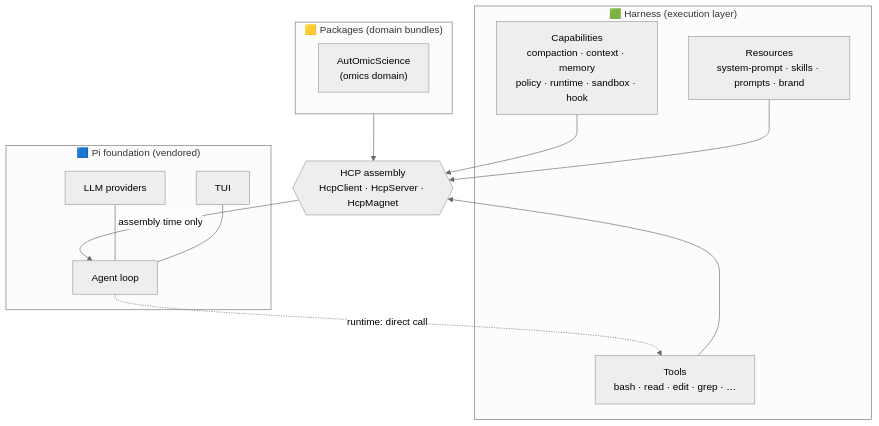
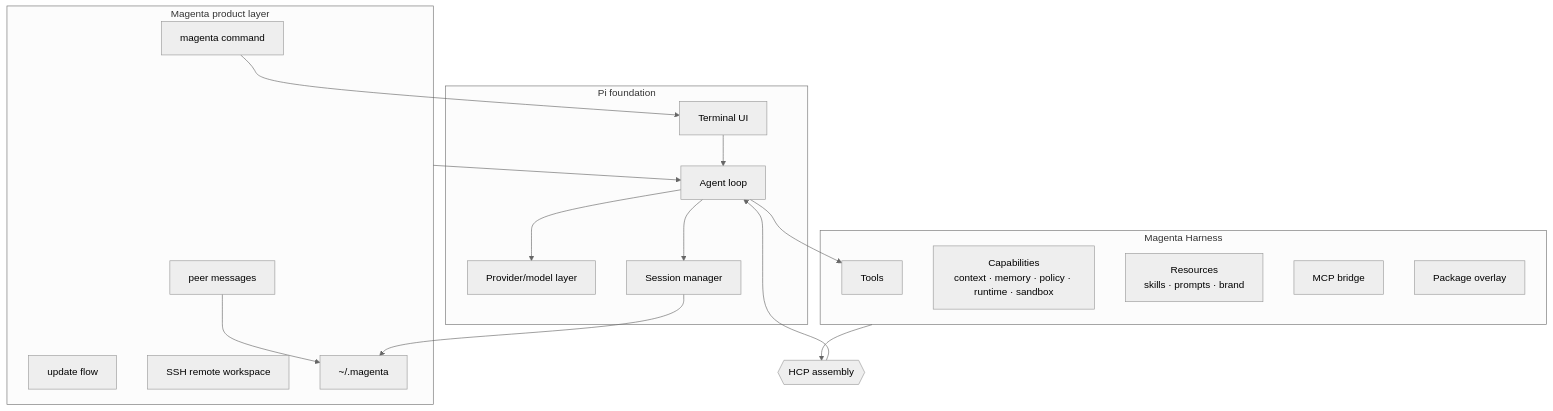
Before and after one commit to Minions-Land/Magenta: the fourth of 6 diagrams in README.md, drawn with Mermaid (neutral theme). The commit also changed other lines of this file, not shown here.

Commit message:
docs: expand Magenta README

````diff
--- a/README.md
+++ b/README.md
@@ -54,26 +329,36 @@
 ```mermaid
 graph TD
-    subgraph PI["🟦 Pi foundation (vendored)"]
+    subgraph PI["Pi foundation"]
         LOOP["Agent loop"]
-        TUI["TUI"]
-        AI["LLM providers"]
+        TUI["Terminal UI"]
+        AI["Provider/model layer"]
+        SESS["Session manager"]
     end
-    subgraph HARNESS["🟩 Harness (execution layer)"]
-        TOOLS["Tools<br/>bash · read · edit · grep · …"]
-        CAPS["Capabilities<br/>compaction · context · memory<br/>policy · runtime · sandbox · hook"]
-        RES["Resources<br/>system-prompt · skills · prompts · brand"]
+
+    subgraph HARNESS["Magenta Harness"]
+        TOOLS["Tools"]
+        CAP["Capabilities<br/>context · memory · policy · runtime · sandbox"]
+        RES["Resources<br/>skills · prompts · brand"]
+        MCP["MCP bridge"]
+        PKG["Package overlay"]
     end
-    subgraph PKG["🟨 Packages (domain bundles)"]
-        AOS["AutOmicScience<br/>(omics domain)"]
+
+    subgraph PRODUCT["Magenta product layer"]
+        CLI["magenta command"]
+        UPDATE["update flow"]
+        SSH["SSH remote workspace"]
+        PEER["peer messages"]
+        STORE["~/.magenta"]
     end
-    HCP{{"HCP assembly<br/>HcpClient · HcpServer · HcpMagnet"}}
 
-    TOOLS --> HCP
-    CAPS --> HCP
-    RES --> HCP
-    PKG --> HCP
-    HCP -->|"assembly time only"| LOOP
-    LOOP -.->|"runtime: direct call"| TOOLS
-    AI --- LOOP
-    TUI --- LOOP
+    CLI --> TUI
+    TUI --> LOOP
+    LOOP --> AI
+    LOOP --> SESS
+    LOOP --> TOOLS
+    HARNESS --> HCP{{HCP assembly}}
+    HCP --> LOOP
+    PRODUCT --> LOOP
+    PEER --> STORE
+    SESS --> STORE
 ```
````
